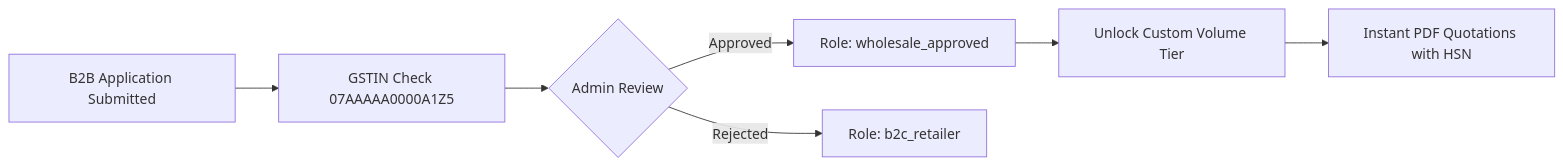
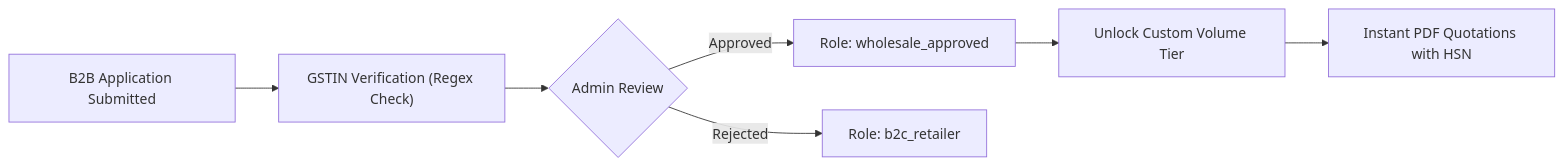
The fourth of 4 diagrams in README.md (Akshar9890/DIGITALWORLD), drawn with Mermaid before and after one commit. The commit also changed other lines of this file, not shown here.

Commit message:
fix(docs): fix LaTeX KaTeX parsing and quote Mermaid node strings for GitHub renderer

````diff
--- a/README.md
+++ b/README.md
@@ -697,9 +715,9 @@
 ```mermaid
 flowchart LR
-    A[B2B Application Submitted] --> B[GSTIN Check 07AAAAA0000A1Z5]
-    B --> C{Admin Review}
-    C -- Approved --> D[Role: wholesale_approved]
-    D --> E[Unlock Custom Volume Tier]
-    E --> F[Instant PDF Quotations with HSN]
-    C -- Rejected --> G[Role: b2c_retailer]
+    A["B2B Application Submitted"] --> B["GSTIN Verification (Regex Check)"]
+    B --> C{"Admin Review"}
+    C -- Approved --> D["Role: wholesale_approved"]
+    D --> E["Unlock Custom Volume Tier"]
+    E --> F["Instant PDF Quotations with HSN"]
+    C -- Rejected --> G["Role: b2c_retailer"]
 ```
````
